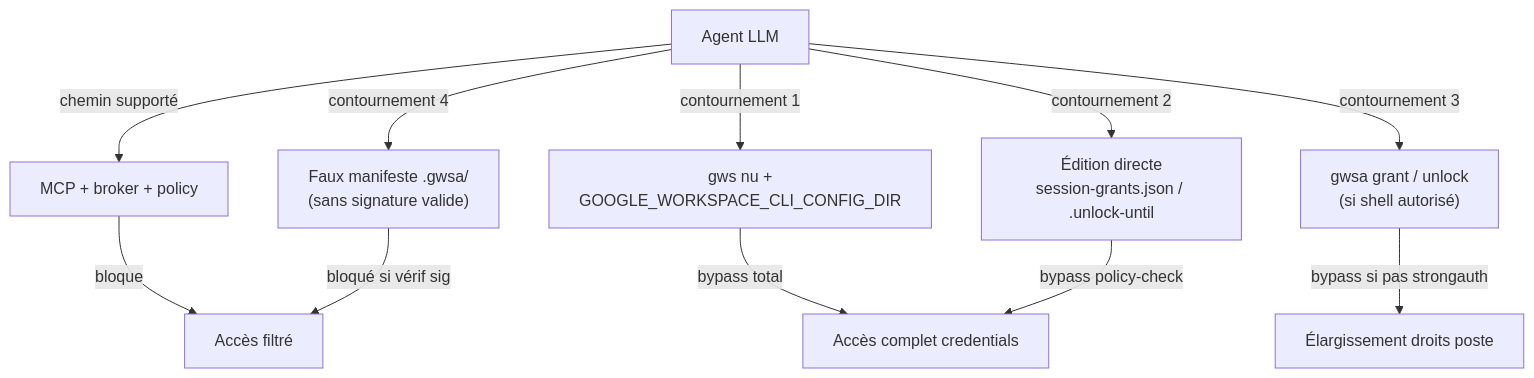
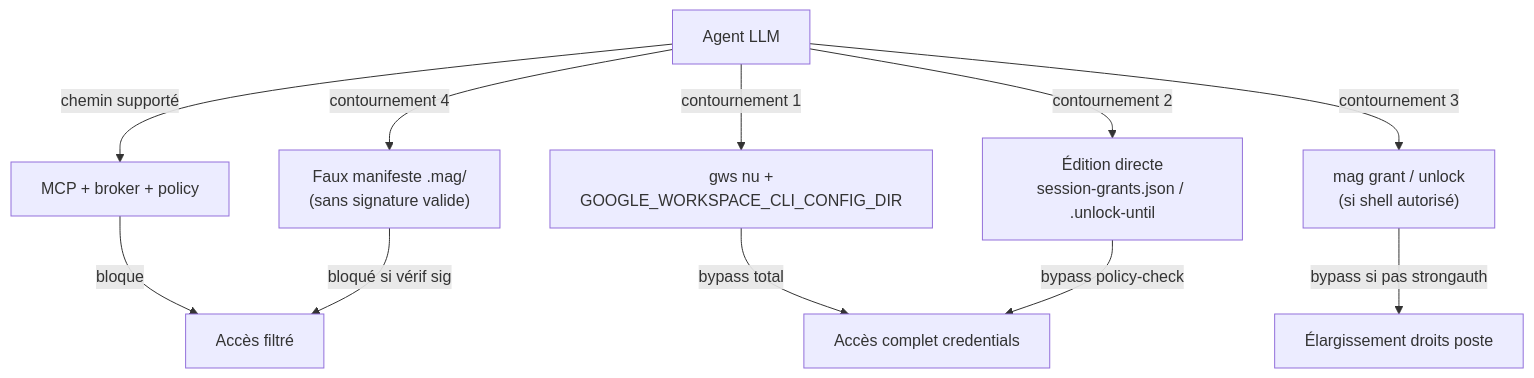
The fifth of 7 diagrams in features/0045-capacites-projet-signees.md (elzinko/google-mcp-multi-account), drawn with Mermaid before and after one commit. The commit also changed other lines of this file and 123 other files, not shown here.

````diff
--- a/features/0045-capacites-projet-signees.md
+++ b/features/0045-capacites-projet-signees.md
@@ -480,16 +480,16 @@
 ```mermaid
 flowchart TB
   LLM[Agent LLM]
 
   LLM -->|chemin supporté| MCP[MCP + broker + policy]
   LLM -->|contournement 1| GWSNU["gws nu +\nGOOGLE_WORKSPACE_CLI_CONFIG_DIR"]
   LLM -->|contournement 2| EDIT["Édition directe\nsession-grants.json / .unlock-until"]
-  LLM -->|contournement 3| GWSA["gwsa grant / unlock\n(si shell autorisé)"]
-  LLM -->|contournement 4| FORGE["Faux manifeste .gwsa/\n(sans signature valide)"]
+  LLM -->|contournement 3| GWSA["mag grant / unlock\n(si shell autorisé)"]
+  LLM -->|contournement 4| FORGE["Faux manifeste .mag/\n(sans signature valide)"]
 
   MCP -->|bloque| OK[Accès filtré]
   GWSNU -->|bypass total| FULL[Accès complet credentials]
   EDIT -->|bypass policy-check| FULL
   GWSA -->|bypass si pas strongauth| PART[Élargissement droits poste]
   FORGE -->|bloqué si vérif sig| OK
 ```
````
